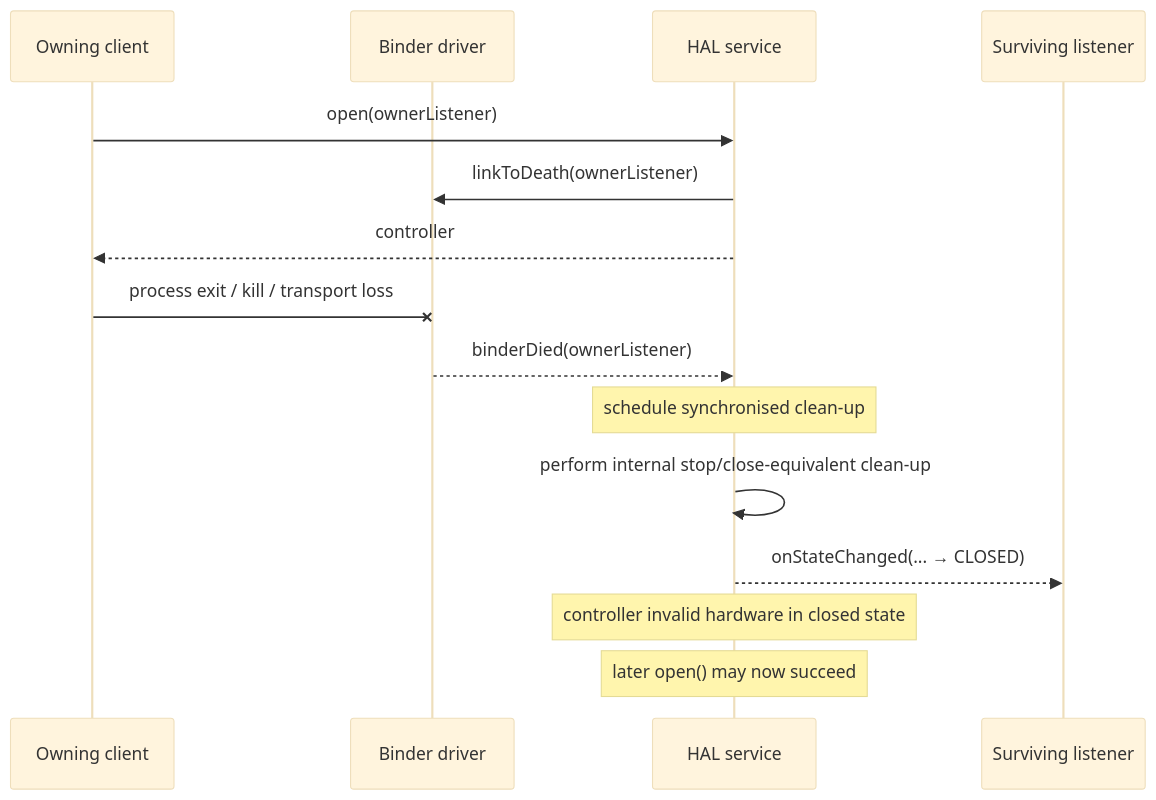
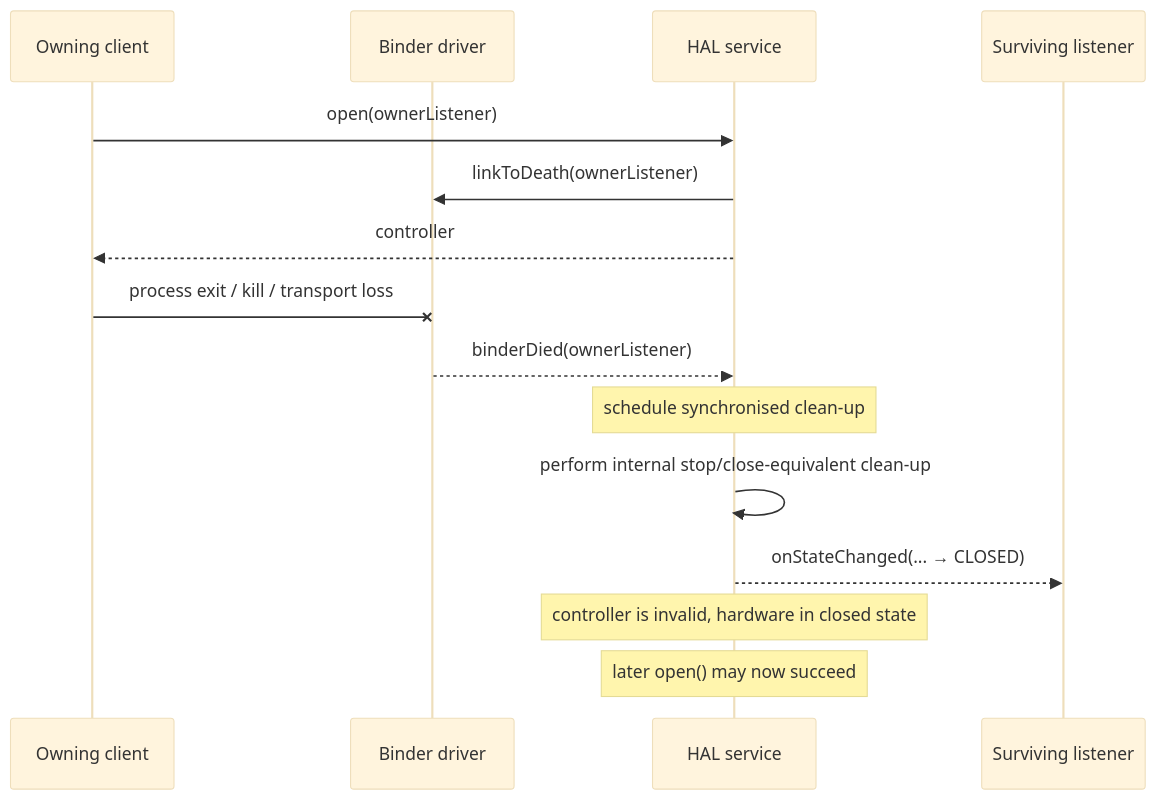
Before and after one commit to rdkcentral/rdk-halif-aidl: the second of 3 diagrams in docs/key_concepts/hal/hal_resource_lifecycle.md, drawn with Mermaid (base theme). The commit also changed other lines of this file and 1 other file, not shown here.

First line of the commit message:
gh #835: Define HAL client-death lifecycle contract

````diff
--- a/docs/key_concepts/hal/hal_resource_lifecycle.md
+++ b/docs/key_concepts/hal/hal_resource_lifecycle.md
@@ -156,18 +154,18 @@
 ```mermaid
 sequenceDiagram
     participant Client as Owning client
     participant Binder as Binder driver
     participant HAL as HAL service
     participant Observer as Surviving listener
 
     Client->>HAL: open(ownerListener)
     HAL->>Binder: linkToDeath(ownerListener)
     HAL-->>Client: controller
     Client-xBinder: process exit / kill / transport loss
     Binder-->>HAL: binderDied(ownerListener)
     Note over HAL: schedule synchronised clean-up
     HAL->>HAL: perform internal stop/close-equivalent clean-up
     HAL-->>Observer: onStateChanged(... → CLOSED)
-    Note over HAL: controller invalid hardware in closed state
+    Note over HAL: controller is invalid, hardware in closed state
     Note over HAL: later open() may now succeed
 ```
````
